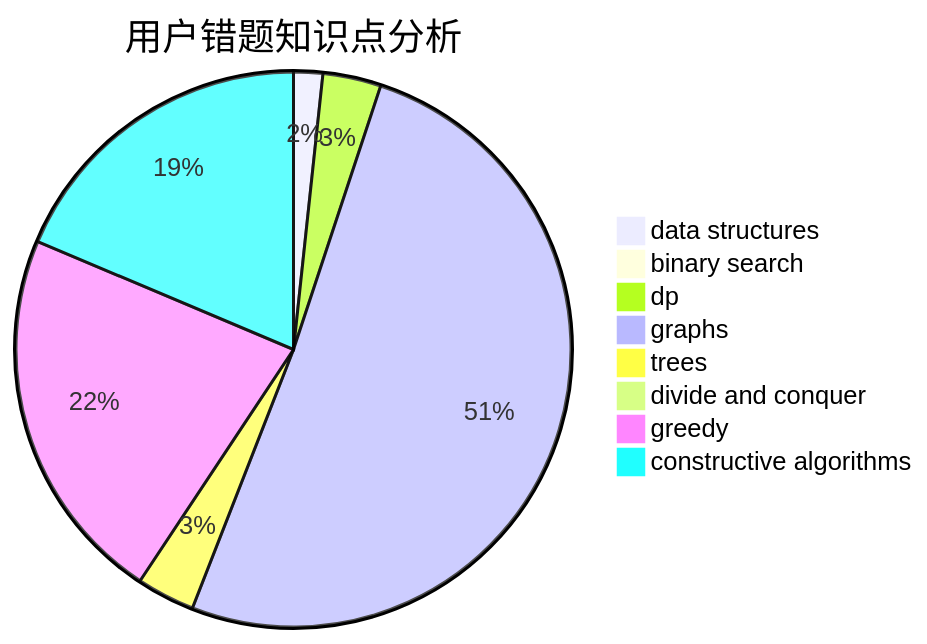
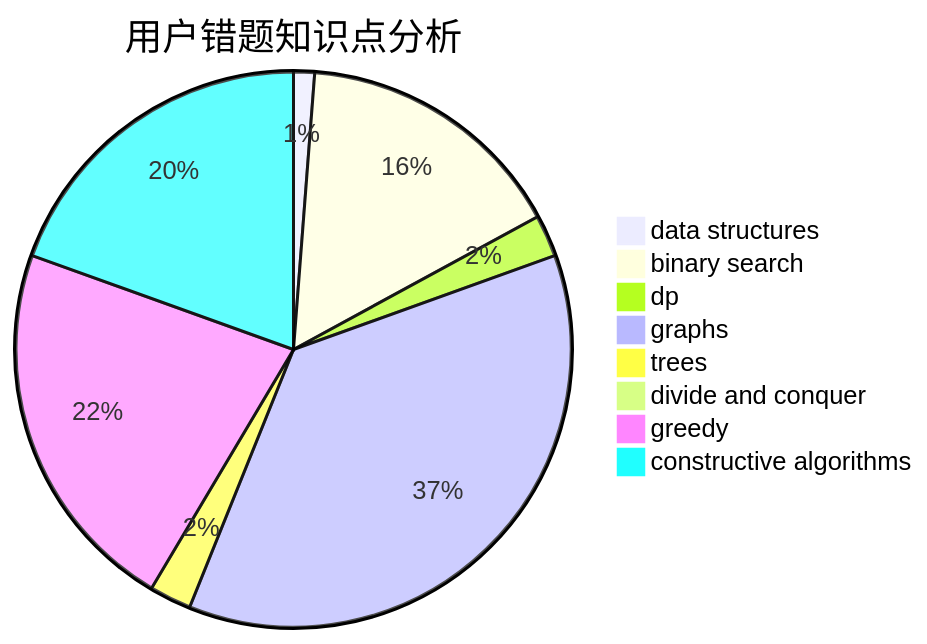
One commit to sherpahu/cfrs.github.io changed the third of 3 diagrams in docs/user/u756.md. Above: the diagram before and after it, drawn with Mermaid. The commit also changed other lines of this file and 2770 other files, not shown here.

````diff
--- a/docs/user/u756.md
+++ b/docs/user/u756.md
@@ -36,11 +36,11 @@
 ```mermaid
 pie title 用户错题知识点分析
     "data structures" :  1
-    "binary search" :  0
+    "binary search" :  13
     "dp" :  2
     "graphs" :  30
     "trees" :  2
     "divide and conquer" :  0
-    "greedy" :  13
-    "constructive algorithms" :  11
+    "greedy" :  18
+    "constructive algorithms" :  16
 ```
````
